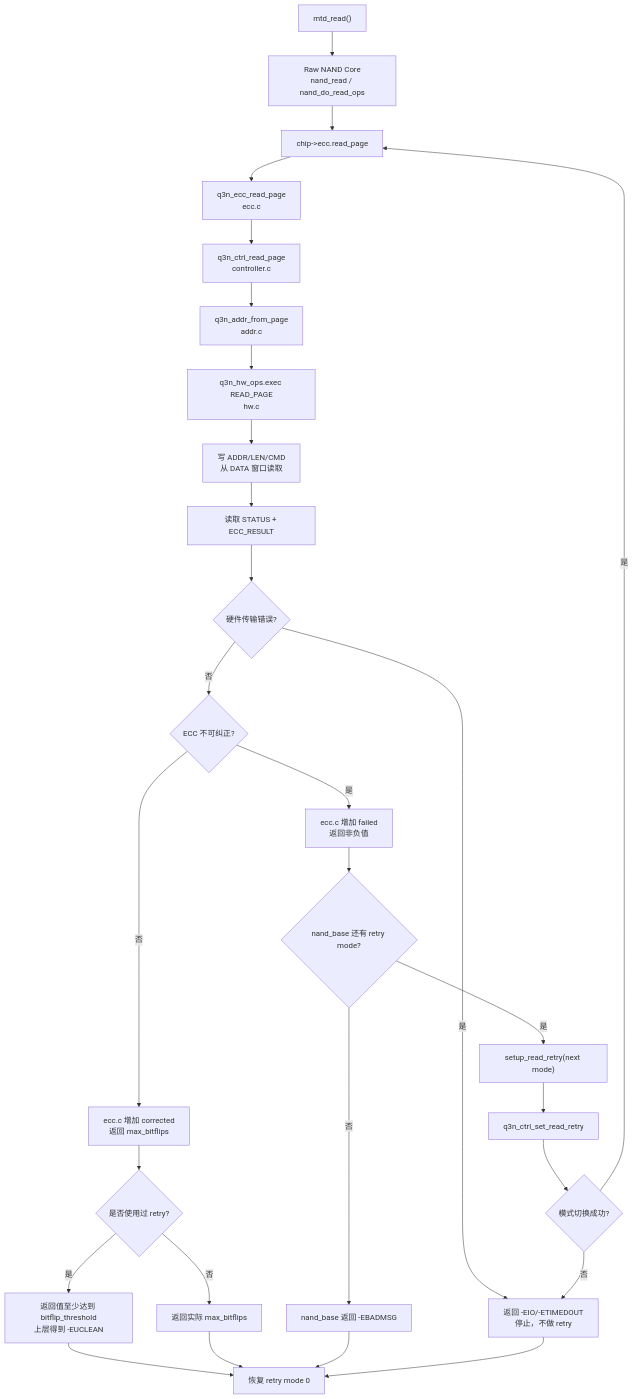
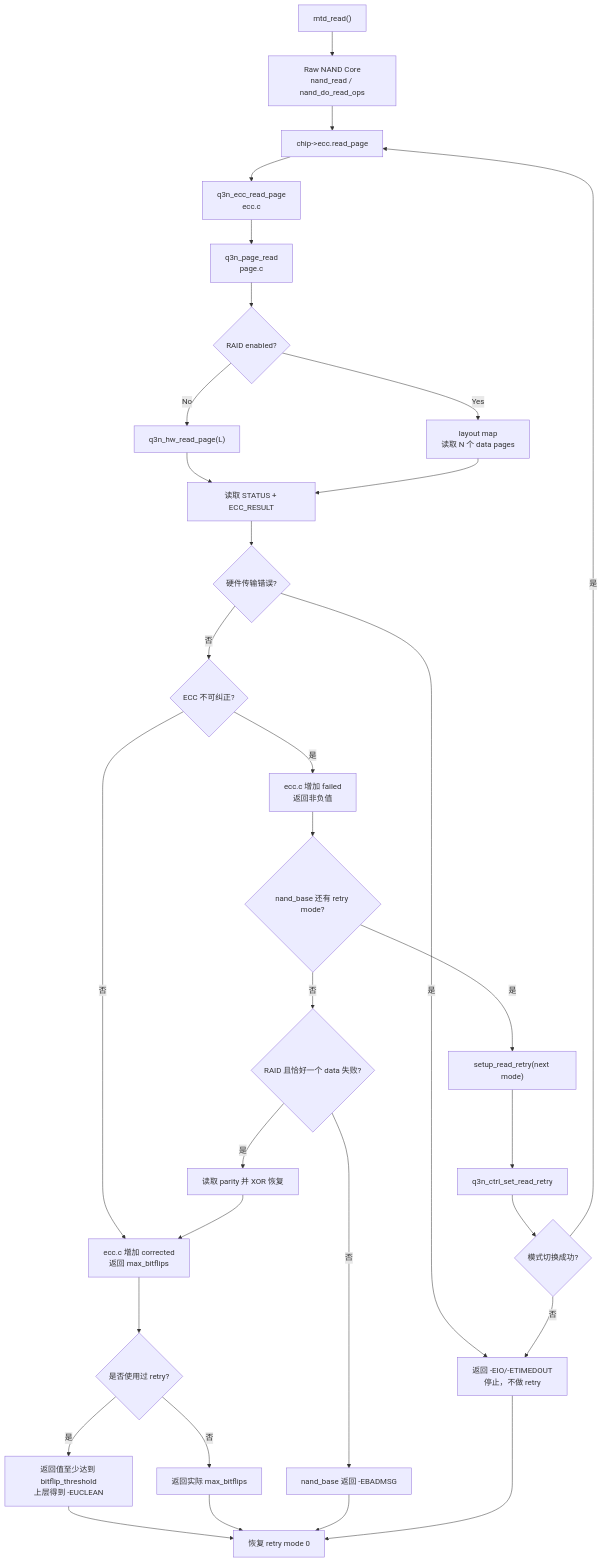
One commit to avenstar65/3dnand_test changed the fifth of 10 diagrams in docs/superpowers/specs/2026-07-28-q3n-nand-core-ecc-read-retry-design.md. Above: the diagram before and after it, drawn with Mermaid. The commit also changed other lines of this file, not shown here.

Commit message:
docs: integrate page raid into overall design

````diff
--- a/docs/superpowers/specs/2026-07-28-q3n-nand-core-ecc-read-retry-design.md
+++ b/docs/superpowers/specs/2026-07-28-q3n-nand-core-ecc-read-retry-design.md
@@ -800,30 +973,34 @@
 ```mermaid
 flowchart TD
     A["mtd_read()"] --> B["Raw NAND Core<br/>nand_read / nand_do_read_ops"]
     B --> C["chip->ecc.read_page"]
     C --> D["q3n_ecc_read_page<br/>ecc.c"]
-    D --> E["q3n_ctrl_read_page<br/>controller.c"]
-    E --> F["q3n_addr_from_page<br/>addr.c"]
-    F --> G["q3n_hw_ops.exec READ_PAGE<br/>hw.c"]
-    G --> H["写 ADDR/LEN/CMD<br/>从 DATA 窗口读取"]
-    H --> I["读取 STATUS + ECC_RESULT"]
+    D --> E["q3n_page_read<br/>page.c"]
+    E --> F{"RAID enabled?"}
+    F -- "No" --> G["q3n_hw_read_page(L)"]
+    F -- "Yes" --> H["layout map<br/>读取 N 个 data pages"]
+    G --> I["读取 STATUS + ECC_RESULT"]
+    H --> I
     I --> J{"硬件传输错误?"}
     J -- "是" --> K["返回 -EIO/-ETIMEDOUT<br/>停止，不做 retry"]
     J -- "否" --> L{"ECC 不可纠正?"}
     L -- "否" --> M["ecc.c 增加 corrected<br/>返回 max_bitflips"]
     L -- "是" --> N["ecc.c 增加 failed<br/>返回非负值"]
     N --> O{"nand_base 还有 retry mode?"}
     O -- "是" --> P["setup_read_retry(next mode)"]
     P --> Q["q3n_ctrl_set_read_retry"]
     Q --> QA{"模式切换成功?"}
     QA -- "是" --> C
     QA -- "否" --> K
-    O -- "否" --> R["nand_base 返回 -EBADMSG"]
+    O -- "否" --> RA{"RAID 且恰好一个 data 失败?"}
+    RA -- "是" --> RB["读取 parity 并 XOR 恢复"]
+    RB --> M
+    RA -- "否" --> R["nand_base 返回 -EBADMSG"]
     M --> S{"是否使用过 retry?"}
     S -- "是" --> T["返回值至少达到 bitflip_threshold<br/>上层得到 -EUCLEAN"]
     S -- "否" --> U["返回实际 max_bitflips"]
     T --> V["恢复 retry mode 0"]
     U --> V
     R --> V
     K --> V
 ```
````
